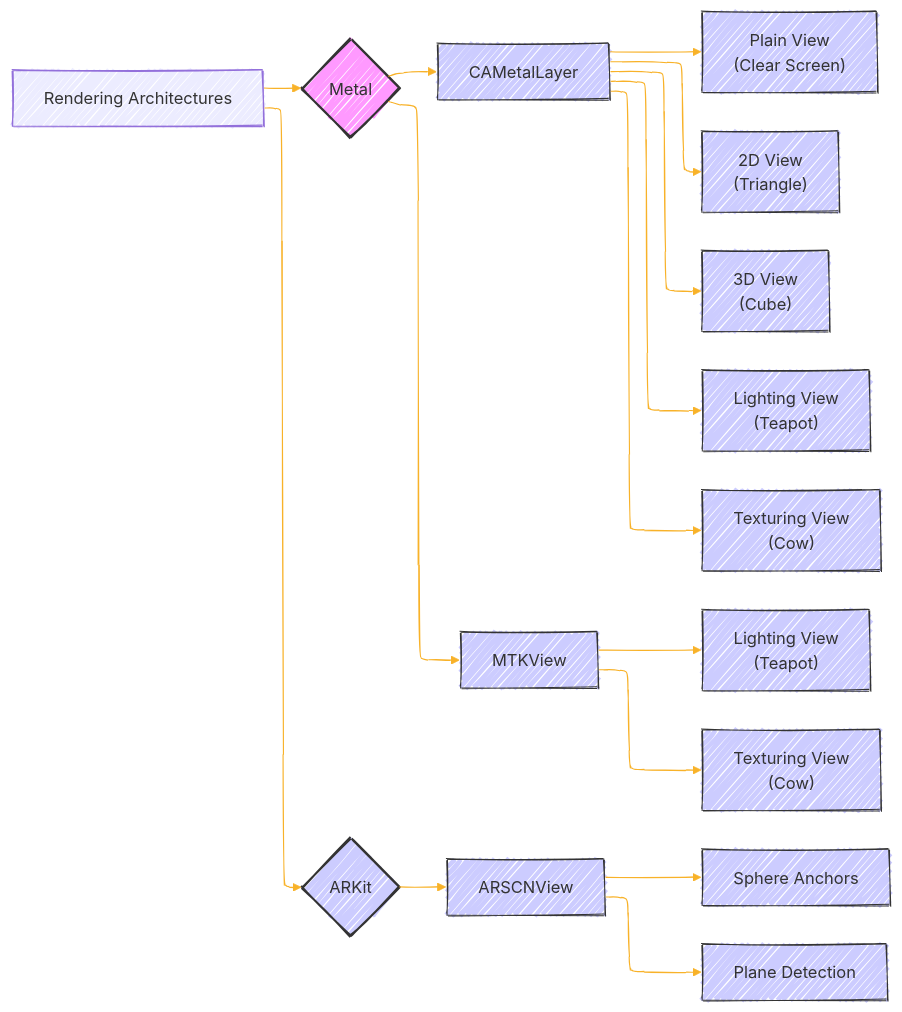
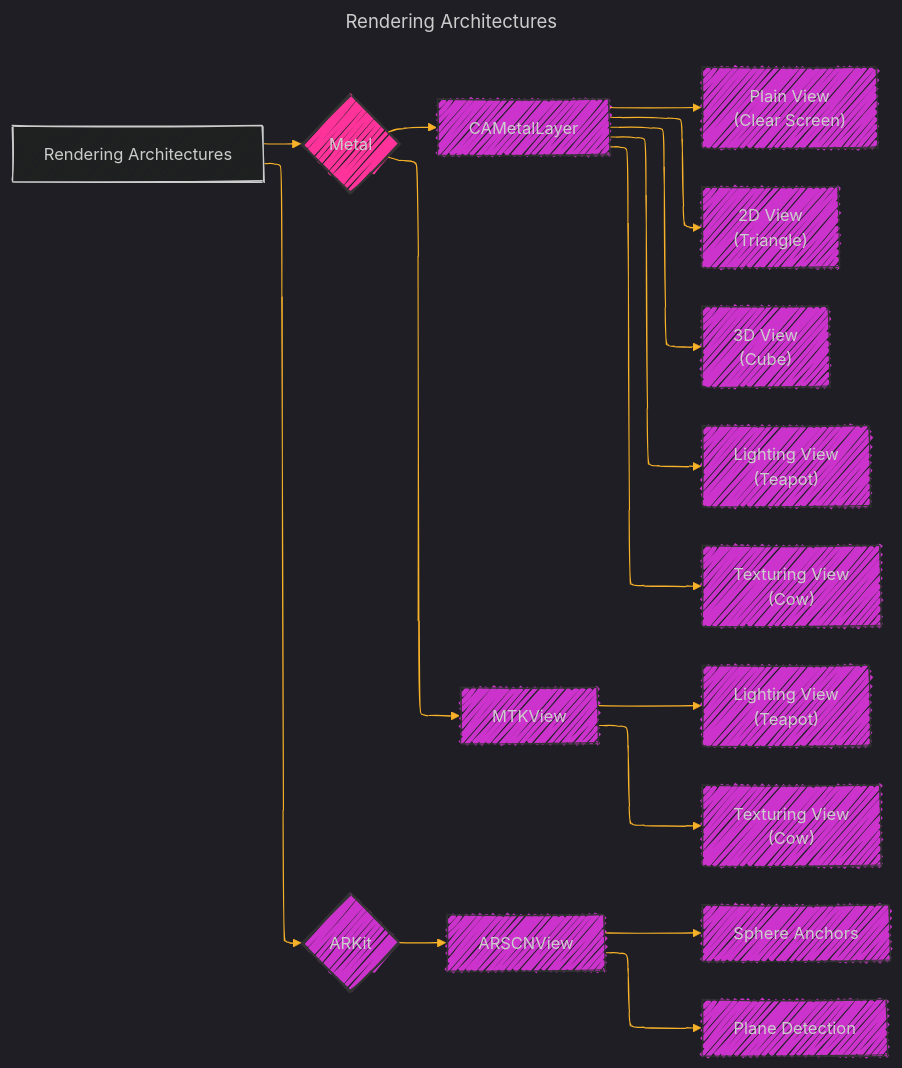
Before and after one commit to CongLeSolutionX/Metal-Primitives: the second of 8 diagrams in Documentation_Consolidated_Version_Draft_2.md, drawn with Mermaid. The commit also changed other lines of this file, not shown here.

````diff
--- a/Documentation_Consolidated_Version_Draft_2.md
+++ b/Documentation_Consolidated_Version_Draft_2.md
@@ -124,50 +126,54 @@
 ```mermaid
+---
+title: Rendering Architectures
+config:
+  layout: elk
+  look: handDrawn
+  theme: dark
+---
 %%{
   init: {
-    'theme': 'default',
-    'layout': 'elk',
-    'look': 'handDrawn',
     'fontFamily': 'verdana',
     'themeVariables': {
       'primaryColor': '#BB2528',
-      'primaryTextColor': '#fff',
+      'primaryTextColor': '#f529',
       'primaryBorderColor': '#7C0000',
       'lineColor': '#F8B229',
       'secondaryColor': '#006100',
       'tertiaryColor': '#fff'
     }
   }
 }%%
 graph LR
     A[Rendering Architectures] --> B{Metal}
     B --> C[CAMetalLayer]
     C --> D["Plain View<br>(Clear Screen)"]
     C --> E["2D View<br>(Triangle)"]
     C --> F["3D View<br>(Cube)"]
     C --> G["Lighting View<br>(Teapot)"]
     C --> H["Texturing View<br>(Cow)"]
     B --> I[MTKView]
     I --> J["Lighting View<br>(Teapot)"]
     I --> K["Texturing View<br>(Cow)"]
 
     A --> L{ARKit}
     L --> M[ARSCNView]
     M --> N[Sphere Anchors]
     M --> O[Plane Detection]
 
-    style B fill:#f9f,stroke:#333,stroke-width:2px
-    style L fill:#ccf,stroke:#333,stroke-width:2px
-    style C fill:#ccf,stroke:#333,stroke-width:1px
-    style I fill:#ccf,stroke:#333,stroke-width:1px
-    style D fill:#ccf,stroke:#333,stroke-width:1px
-    style E fill:#ccf,stroke:#333,stroke-width:1px
-    style F fill:#ccf,stroke:#333,stroke-width:1px
-    style G fill:#ccf,stroke:#333,stroke-width:1px
-    style H fill:#ccf,stroke:#333,stroke-width:1px
-    style J fill:#ccf,stroke:#333,stroke-width:1px
-    style K fill:#ccf,stroke:#333,stroke-width:1px
-    style M fill:#ccf,stroke:#333,stroke-width:1px
-    style N fill:#ccf,stroke:#333,stroke-width:1px
-    style O fill:#ccf,stroke:#333,stroke-width:1px
+    style B fill:#f39f,stroke:#333,stroke-width:2px
+    style L fill:#c3cf,stroke:#333,stroke-width:2px
+    style C fill:#c3cf,stroke:#333,stroke-width:1px
+    style I fill:#c3cf,stroke:#333,stroke-width:1px
+    style D fill:#c3cf,stroke:#333,stroke-width:1px
+    style E fill:#c3cf,stroke:#333,stroke-width:1px
+    style F fill:#c3cf,stroke:#333,stroke-width:1px
+    style G fill:#c3cf,stroke:#333,stroke-width:1px
+    style H fill:#c3cf,stroke:#333,stroke-width:1px
+    style J fill:#c3cf,stroke:#333,stroke-width:1px
+    style K fill:#c3cf,stroke:#333,stroke-width:1px
+    style M fill:#c3cf,stroke:#333,stroke-width:1px
+    style N fill:#c3cf,stroke:#333,stroke-width:1px
+    style O fill:#c3cf,stroke:#333,stroke-width:1px
 
 ```
````
